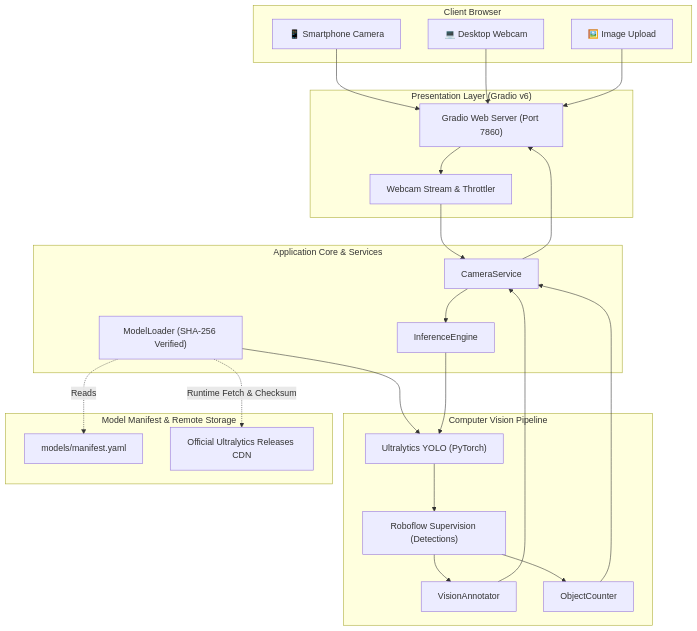
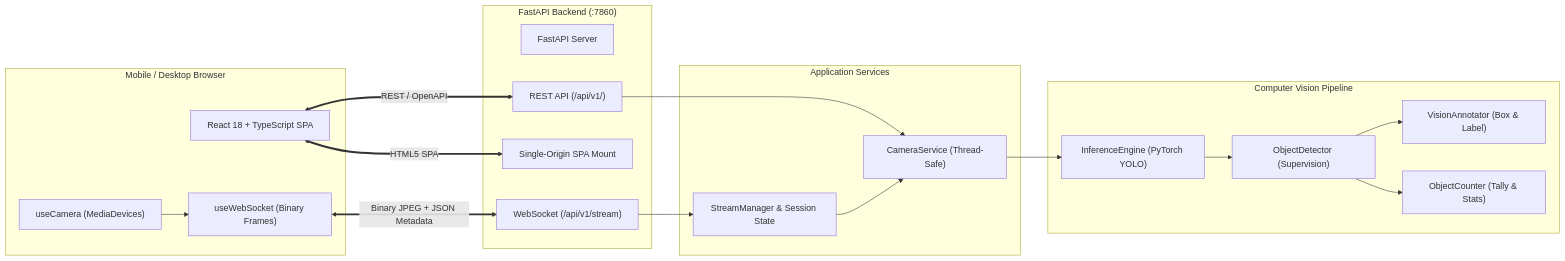
The diagram in README.md (tahadeab-ai/ai-smart-camera), drawn with Mermaid before and after one commit. The commit also changed other lines of this file and 53 other files, not shown here.

Commit message:
feat: upgrade to v0.2.0 with FastAPI backend, React 18 SPA, and WebSocket streaming

````diff
--- a/README.md
+++ b/README.md
@@ -46,52 +28,41 @@
 ```mermaid
-flowchart TD
-    subgraph Client["Client Browser"]
-        Phone["📱 Smartphone Camera"]
-        Webcam["💻 Desktop Webcam"]
-        Upload["🖼️ Image Upload"]
+flowchart LR
+    subgraph Browser["Mobile / Desktop Browser"]
+        ReactApp["React 18 + TypeScript SPA"]
+        CamHook["useCamera (MediaDevices)"]
+        WSHook["useWebSocket (Binary Frames)"]
     end
 
-    subgraph Interface["Presentation Layer (Gradio v6)"]
-        GradioServer["Gradio Web Server (Port 7860)"]
-        StreamRouter["Webcam Stream & Throttler"]
+    subgraph Backend["FastAPI Backend (:7860)"]
+        FastAPIApp["FastAPI Server"]
+        WSEndpoint["WebSocket (/api/v1/stream)"]
+        RESTEndpoints["REST API (/api/v1/)"]
+        StaticSPA["Single-Origin SPA Mount"]
     end
 
-    subgraph CoreEngine["Application Core & Services"]
-        CameraSvc["CameraService"]
-        InfEngine["InferenceEngine"]
-        ModelLoad["ModelLoader (SHA-256 Verified)"]
+    subgraph Service["Application Services"]
+        StreamMgr["StreamManager & Session State"]
+        CameraSvc["CameraService (Thread-Safe)"]
     end
 
-    subgraph VisionPipeline["Computer Vision Pipeline"]
-        YOLOModel["Ultralytics YOLO (PyTorch)"]
-        SV["Roboflow Supervision (Detections)"]
-        Annotator["VisionAnnotator"]
-        Counter["ObjectCounter"]
+    subgraph Vision["Computer Vision Pipeline"]
+        Inference["InferenceEngine (PyTorch YOLO)"]
+        Detector["ObjectDetector (Supervision)"]
+        Annotator["VisionAnnotator (Box & Label)"]
+        Counter["ObjectCounter (Tally & Stats)"]
     end
 
-    subgraph Models["Model Manifest & Remote Storage"]
-        Manifest["models/manifest.yaml"]
-        OfficialCDN["Official Ultralytics Releases CDN"]
-    end
+    CamHook --> WSHook
+    WSHook <== "Binary JPEG + JSON Metadata" ==> WSEndpoint
+    ReactApp <== "REST / OpenAPI" ==> RESTEndpoints
+    ReactApp <== "HTML5 SPA" ==> StaticSPA
 
-    Phone --> GradioServer
-    Webcam --> GradioServer
-    Upload --> GradioServer
+    WSEndpoint --> StreamMgr
+    RESTEndpoints --> CameraSvc
+    StreamMgr --> CameraSvc
 
-    GradioServer --> StreamRouter
-    StreamRouter --> CameraSvc
-    CameraSvc --> InfEngine
-
-    ModelLoad -. Reads .-> Manifest
-    ModelLoad -. Runtime Fetch & Checksum .-> OfficialCDN
-    ModelLoad --> YOLOModel
-
-    InfEngine --> YOLOModel
-    YOLOModel --> SV
-    SV --> Annotator
-    SV --> Counter
-
-    Annotator --> CameraSvc
-    Counter --> CameraSvc
-    CameraSvc --> GradioServer
+    CameraSvc --> Inference
+    Inference --> Detector
+    Detector --> Annotator
+    Detector --> Counter
 ```
````
